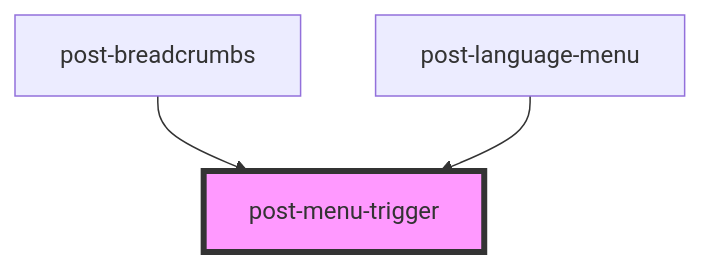
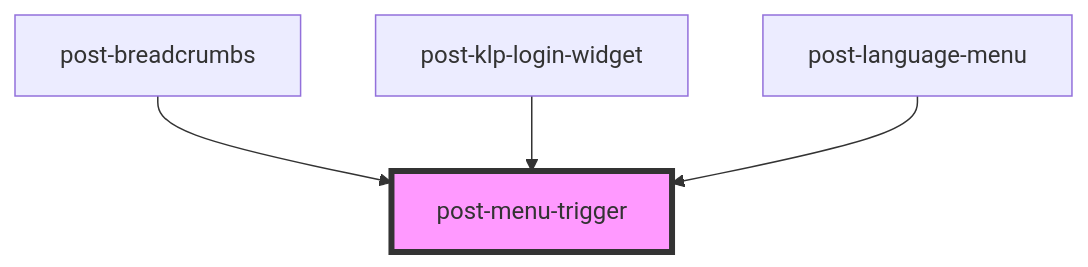
One commit to swisspost/design-system changed the diagram in packages/components/src/components/post-menu-trigger/readme.md. Above: the diagram before and after it, drawn with Mermaid. The commit also changed other lines of this file and 9 other files, not shown here.

Commit message:
feat(component): added a `klp-login-widget` component

````diff
--- a/packages/components/src/components/post-menu-trigger/readme.md
+++ b/packages/components/src/components/post-menu-trigger/readme.md
@@ -21,6 +22,7 @@
 ```mermaid
 graph TD;
   post-breadcrumbs --> post-menu-trigger
+  post-klp-login-widget --> post-menu-trigger
   post-language-menu --> post-menu-trigger
   style post-menu-trigger fill:#f9f,stroke:#333,stroke-width:4px
 ```
````
